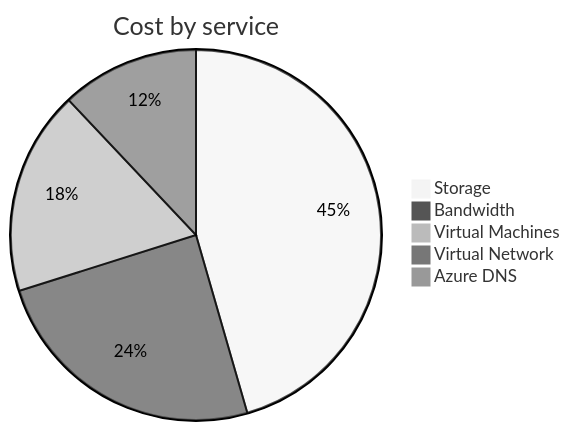
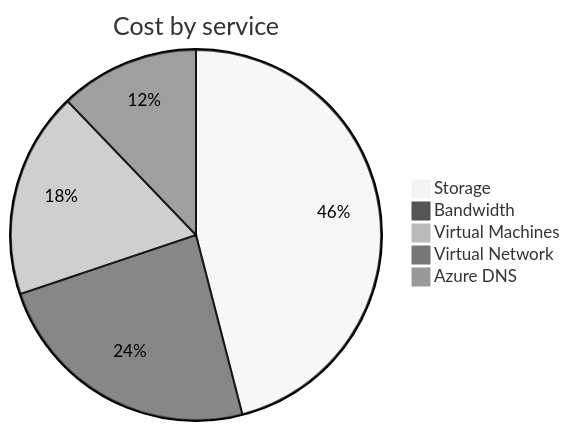
One commit to jpfulton/azure-personal-reports changed the second of 4 diagrams in cost-reports/personal-network/README.md. Above: the diagram before and after it, drawn with Mermaid (neutral theme). The commit also changed other lines of this file and 8 other files, not shown here.

````diff
--- a/cost-reports/personal-network/README.md
+++ b/cost-reports/personal-network/README.md
@@ -95,9 +95,9 @@
 ```mermaid
 pie
    title Cost by service
-   "Storage" : 22.62
+   "Storage" : 23.54
    "Bandwidth" : 12.22
-   "Virtual Machines" : 8.86
-   "Virtual Network" : 5.98
-   "Azure DNS" : 0.40
+   "Virtual Machines" : 9.21
+   "Virtual Network" : 6.23
+   "Azure DNS" : 0.42
 ```
````
